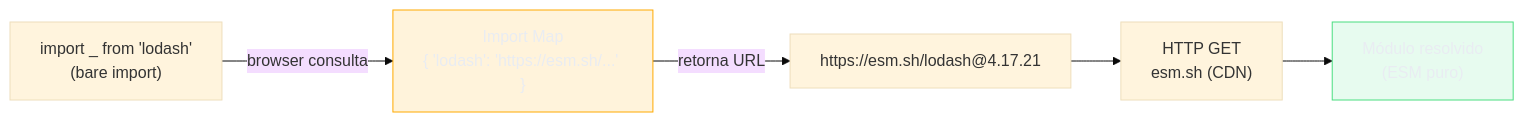
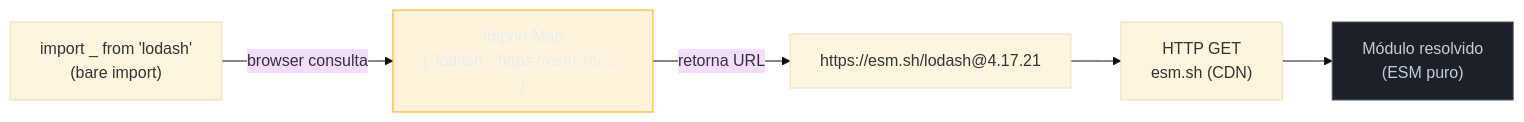
Before and after one commit to josenaldo/codex-technomanticus: the seventh of 10 diagrams in 03-Dominios/Tecnologia/Tooling e Build/07 - O grafo de módulos e o que é bundling.md, drawn with Mermaid (base theme). The commit also changed other lines of this file and 601 other files, not shown here.

````diff
--- a/03-Dominios/Tecnologia/Tooling e Build/07 - O grafo de módulos e o que é bundling.md
+++ b/03-Dominios/Tecnologia/Tooling e Build/07 - O grafo de módulos e o que é bundling.md
@@ -651,17 +652,17 @@
 ```mermaid
 flowchart LR
+    classDef neutro fill:#1B2029,stroke:#4E5666,color:#C6CCD8
     classDef destaque fill:#FFAA0024,stroke:#FFAA00,color:#E9ECF2
-    classDef ok fill:#4ADE8021,stroke:#4ADE80,color:#E9ECF2
     CODE["import _ from 'lodash'\n(bare import)"]
     MAP["Import Map\n{ 'lodash': 'https://esm.sh/...' }"]
     URL["https://esm.sh/lodash@4.17.21"]
     NET["HTTP GET\nesm.sh (CDN)"]
     MOD["Módulo resolvido\n(ESM puro)"]
 
     CODE -->|"browser consulta"| MAP
     MAP -->|"retorna URL"| URL
     URL --> NET --> MOD
 
     class MAP destaque
-    class MOD ok
+    class MOD neutro
 ```
````
